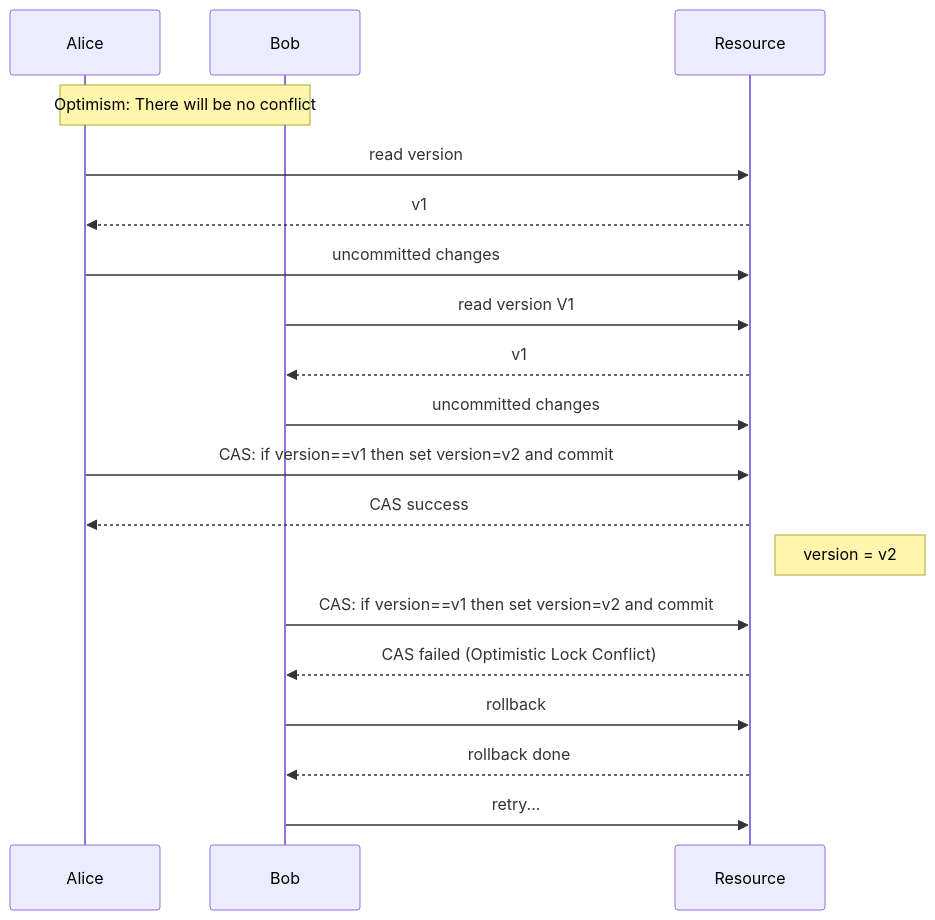
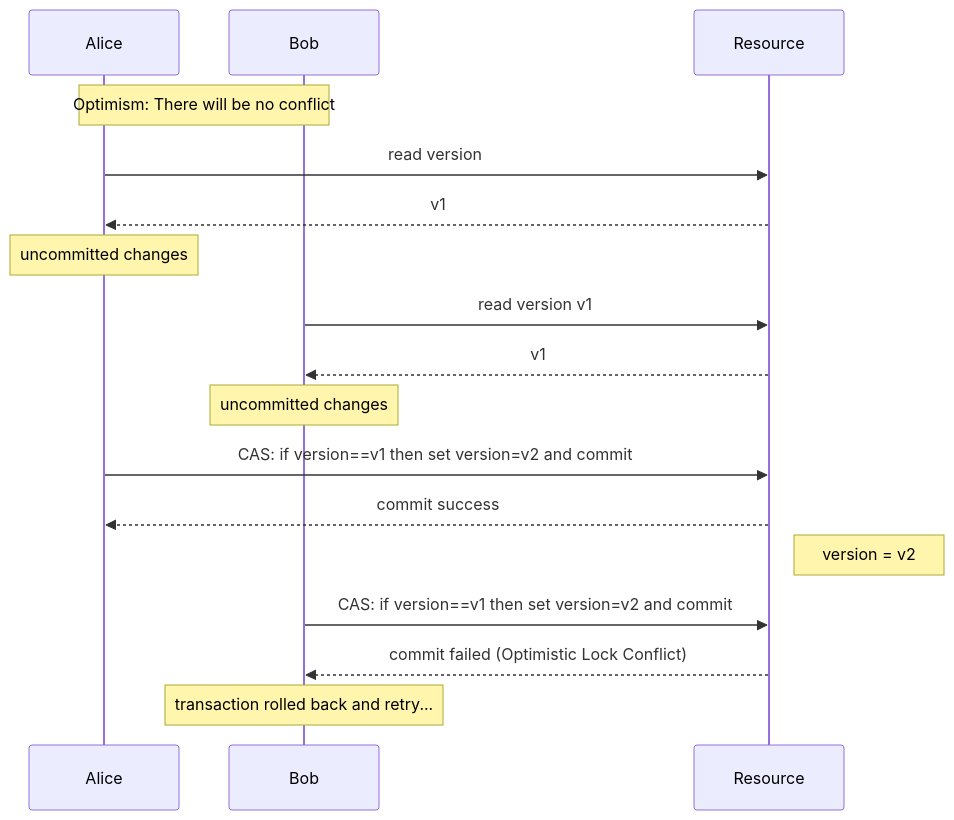
Before and after one commit to lsc4719/my-understanding-of-concurrency-control: the diagram in README.md, drawn with Mermaid.

````diff
--- a/README.md
+++ b/README.md
@@ -3,31 +3,28 @@
 ```mermaid
 sequenceDiagram
     participant Alice
     participant Bob
     participant Resource
 
     Note over Alice,Bob: Optimism: There will be no conflict
 
     Alice->>Resource: read version
     Resource-->>Alice: v1
 
-    Alice->>Resource: uncommitted changes
+    Note over Alice: uncommitted changes
 
-    Bob->>Resource: read version V1
+    Bob->>Resource: read version v1
     Resource-->>Bob: v1
 
-    Bob->>Resource: uncommitted changes
+    Note over Bob: uncommitted changes
 
     Alice->>Resource: CAS: if version==v1 then set version=v2 and commit
-    Resource-->>Alice: CAS success
+    Resource-->>Alice: commit success
     Note right of Resource: version = v2
 
     Bob->>Resource: CAS: if version==v1 then set version=v2 and commit
-    Resource-->>Bob: CAS failed (Optimistic Lock Conflict)
+    Resource-->>Bob: commit failed (Optimistic Lock Conflict)
 
-    Bob->>Resource: rollback
-    Resource-->>Bob: rollback done
-
-    Bob->>Resource: retry...
+    Note over Bob: transaction rolled back and retry...
 
 ```
````
